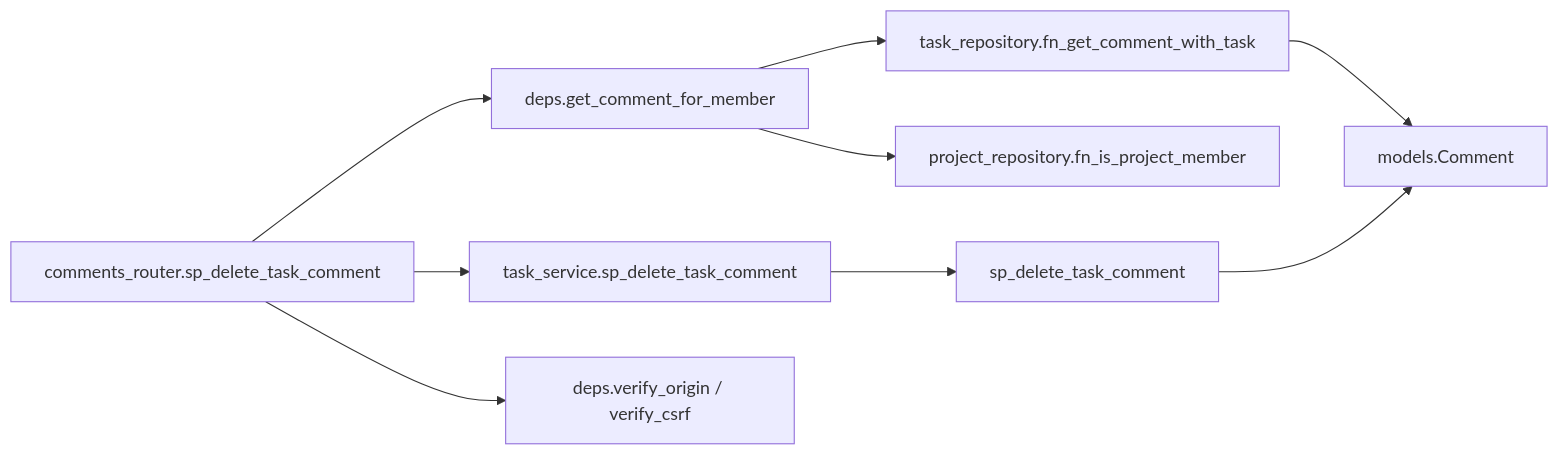
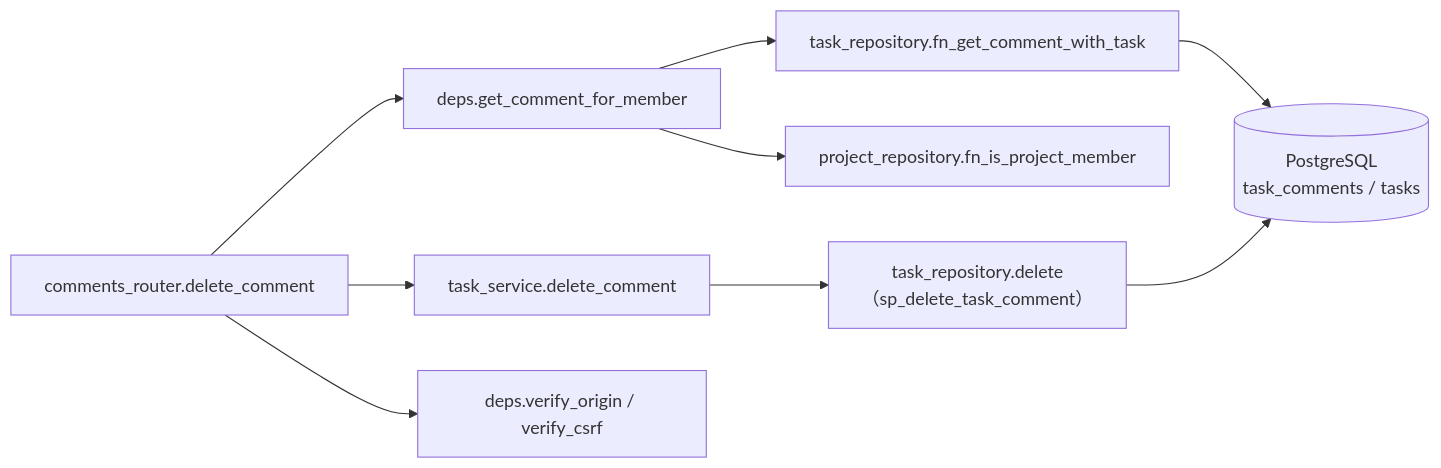
One commit to oikawa-d/task_management changed the third of 4 diagrams in detailed_design/api/tasks/09_delete_comment.md. Above: the diagram before and after it, drawn with Mermaid. The commit also changed other lines of this file and 6 other files, not shown here.

````diff
--- a/detailed_design/api/tasks/09_delete_comment.md
+++ b/detailed_design/api/tasks/09_delete_comment.md
@@ -171,11 +171,11 @@
 ```mermaid
 flowchart LR
-    R["comments_router.sp_delete_task_comment"] --> D["deps.get_comment_for_member"]
-    R --> S["task_service.sp_delete_task_comment"]
+    R["comments_router.delete_comment"] --> D["deps.get_comment_for_member"]
+    R --> S["task_service.delete_comment"]
     D --> TR1["task_repository.fn_get_comment_with_task"]
     D --> PR["project_repository.fn_is_project_member"]
-    S --> TR2["sp_delete_task_comment"]
-    TR1 --> M["models.Comment"]
-    TR2 --> M
+    S --> TR2["task_repository.delete<br/>（sp_delete_task_comment）"]
+    TR1 --> DB[("PostgreSQL<br/>task_comments / tasks")]
+    TR2 --> DB
     R --> V["deps.verify_origin / verify_csrf"]
 ```
````
